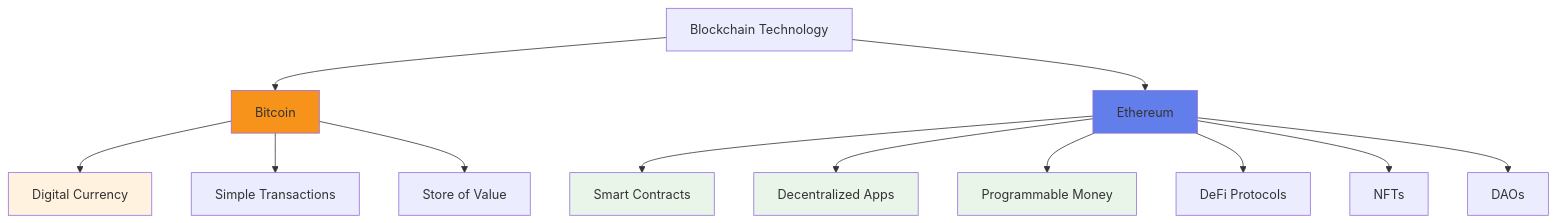
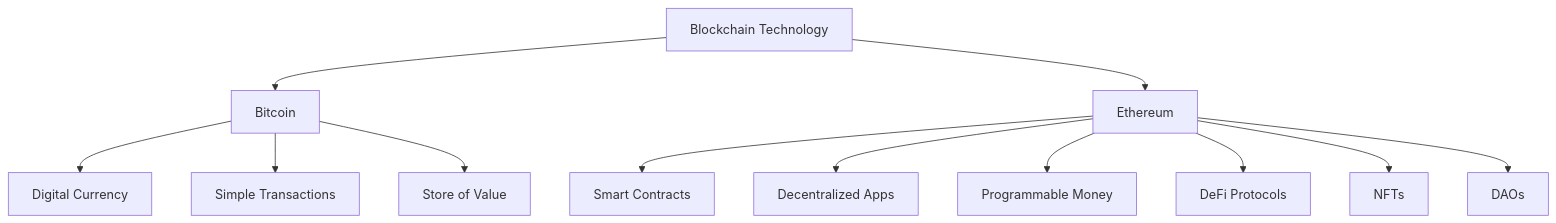
The first of 2 diagrams in public/api/articles/ethereum-whitepaper-explanation.md (shapkarin/shapkarin.me), drawn with Mermaid before and after one commit. The commit also changed other lines of this file and 67 other files, not shown here.

````diff
--- a/public/api/articles/ethereum-whitepaper-explanation.md
+++ b/public/api/articles/ethereum-whitepaper-explanation.md
@@ -63,23 +72,16 @@
 ```mermaid
 graph TD
     A[Blockchain Technology] --> B[Bitcoin]
     A --> C[Ethereum]
     
     B --> D[Digital Currency]
     B --> E[Simple Transactions]
     B --> F[Store of Value]
     
     C --> G[Smart Contracts]
     C --> H[Decentralized Apps]
     C --> I[Programmable Money]
     C --> J[DeFi Protocols]
     C --> K[NFTs]
     C --> L[DAOs]
-    
-    style B fill:#f7931a
-    style C fill:#627eea
-    style D fill:#fff3e0
-    style G fill:#e8f5e8
-    style H fill:#e8f5e8
-    style I fill:#e8f5e8
 ```
````
